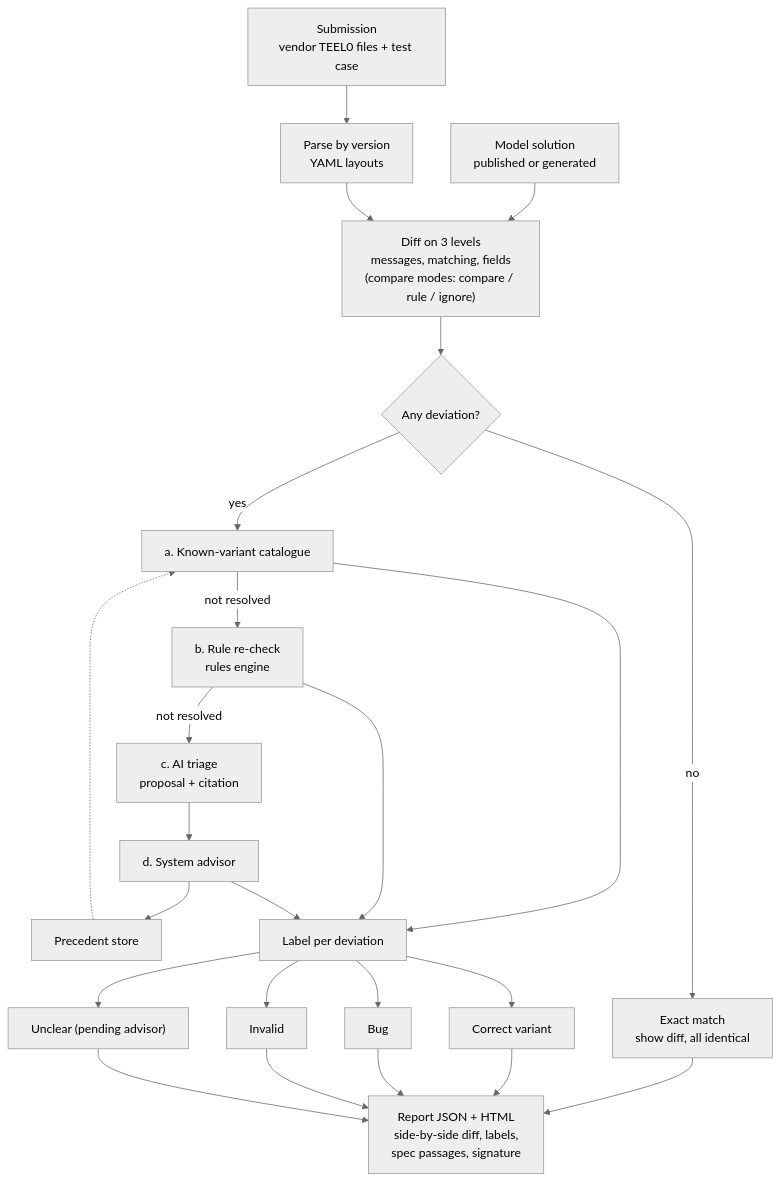
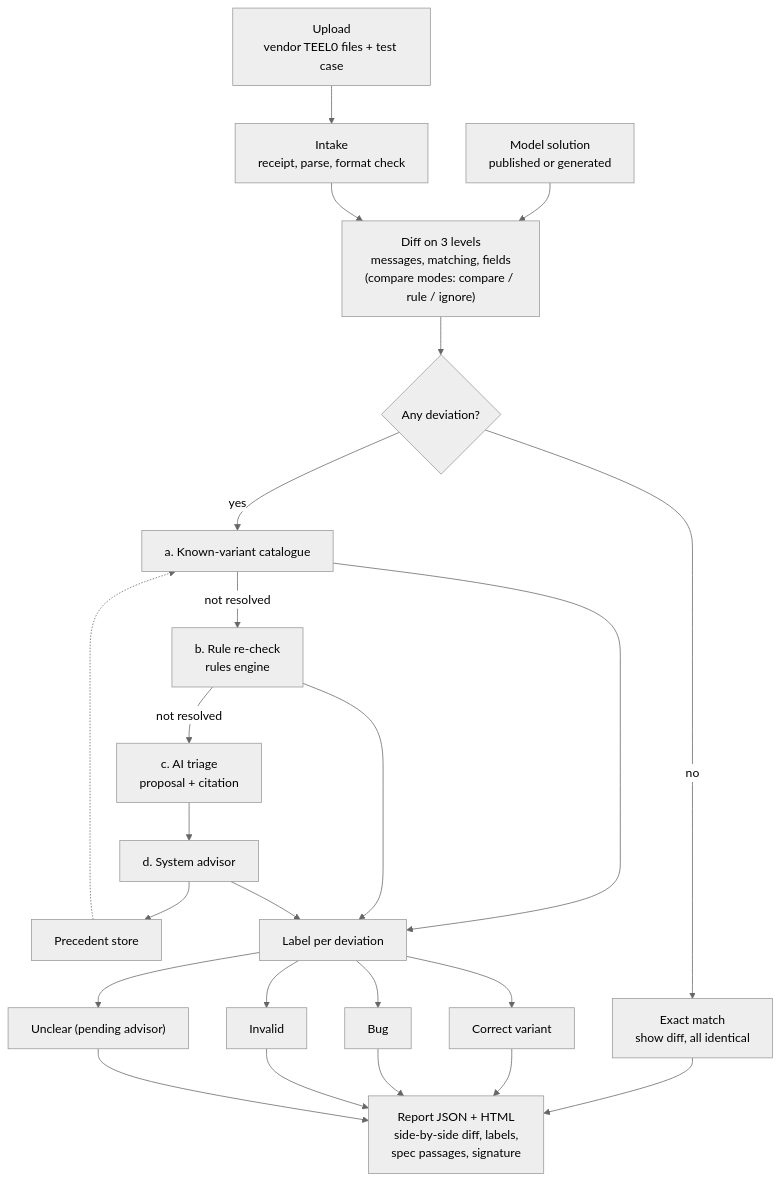
One commit to ahlemtr/ITSG-Futury-Build-day changed the diagram in plan/diagrams/04_rule_checker.md. Above: the diagram before and after it, drawn with Mermaid (neutral theme). The commit also changed 10 other files, not shown here.

````diff
--- a/plan/diagrams/04_rule_checker.md
+++ b/plan/diagrams/04_rule_checker.md
@@ -3,26 +3,26 @@
 ```mermaid
 flowchart TD
-    IN["Submission<br/>vendor TEEL0 files + test case"] --> PA["Parse by version<br/>YAML layouts"]
+    IN["Upload<br/>vendor TEEL0 files + test case"] --> PA["Intake<br/>receipt, parse, format check"]
     SOL["Model solution<br/>published or generated"] --> DIFF
     PA --> DIFF["Diff on 3 levels<br/>messages, matching, fields<br/>(compare modes: compare / rule / ignore)"]
     DIFF --> Q{"Any deviation?"}
     Q -->|no| EM["Exact match<br/>show diff, all identical"]
     Q -->|yes| A["a. Known-variant catalogue"]
     A -->|not resolved| B["b. Rule re-check<br/>rules engine"]
     B -->|not resolved| C["c. AI triage<br/>proposal + citation"]
     C --> D["d. System advisor"]
     D --> PR["Precedent store"]
     PR -.-> A
     A --> L["Label per deviation"]
     B --> L
     D --> L
     L --> CV["Correct variant"]
     L --> BU["Bug"]
     L --> INV["Invalid"]
     L --> UN["Unclear (pending advisor)"]
     EM --> REP["Report JSON + HTML<br/>side-by-side diff, labels,<br/>spec passages, signature"]
     CV --> REP
     BU --> REP
     INV --> REP
     UN --> REP
 ```
````
